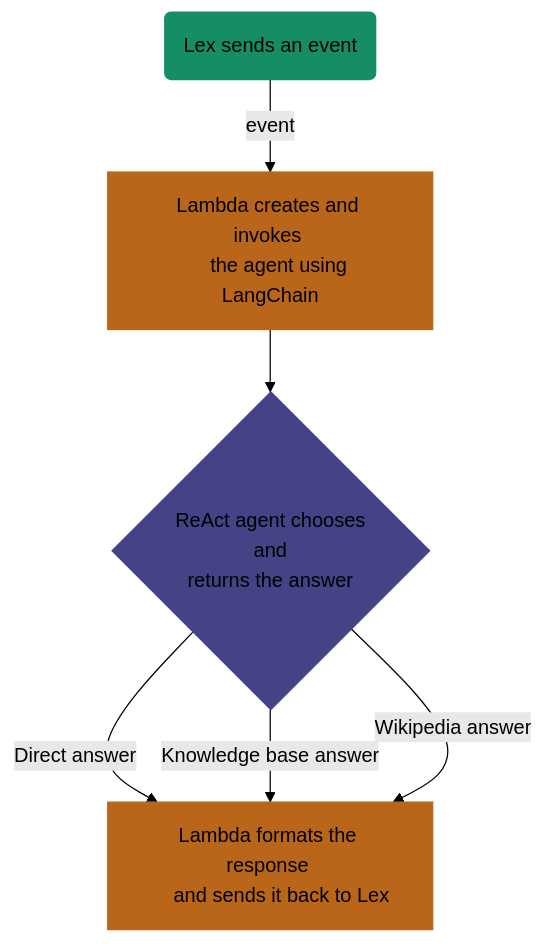
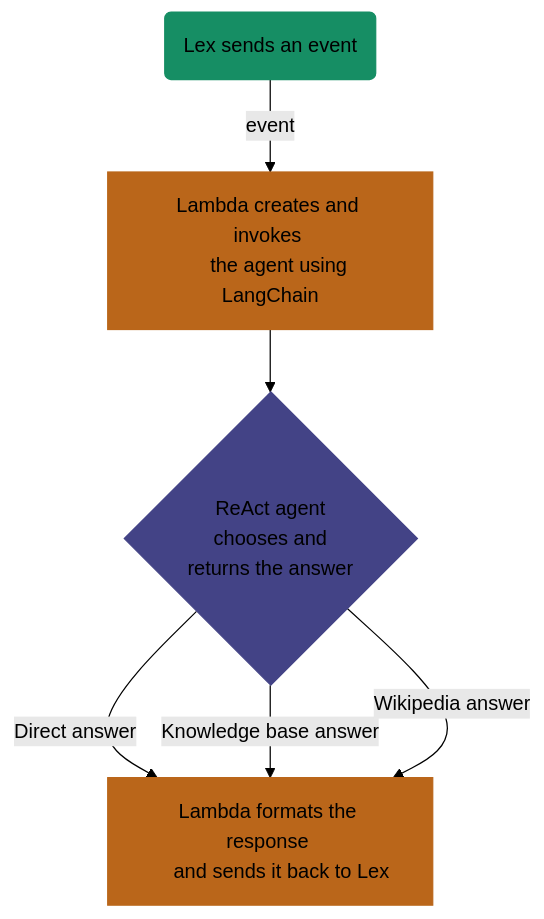
The diagram in README.md (565059/ai-chatbot-aws), drawn with Mermaid (forest theme) before and after one commit.

````diff
--- a/README.md
+++ b/README.md
@@ -80,17 +80,17 @@
 ```mermaid
 flowchart TD
     A(Lex sends an event) -->|event| B["Lambda creates and invokes 
     the agent using LangChain"]
-    B --> C{"ReAct agent chooses
-     and 
+    B --> C{"ReAct agent
+     chooses and 
      returns the answer"}
     C -->|Direct answer| D["Lambda formats the response 
     and sends it back to Lex"]
     C -->|Knowledge base answer| D
     C -->|Wikipedia answer| D
 
     style A stroke:#168E64, fill:#168E64
     style B stroke:#BA661A, fill:#BA661A
     style C stroke:#434386, fill:#434386
     style D stroke:#BA661A, fill:#BA661A
 ```
````
